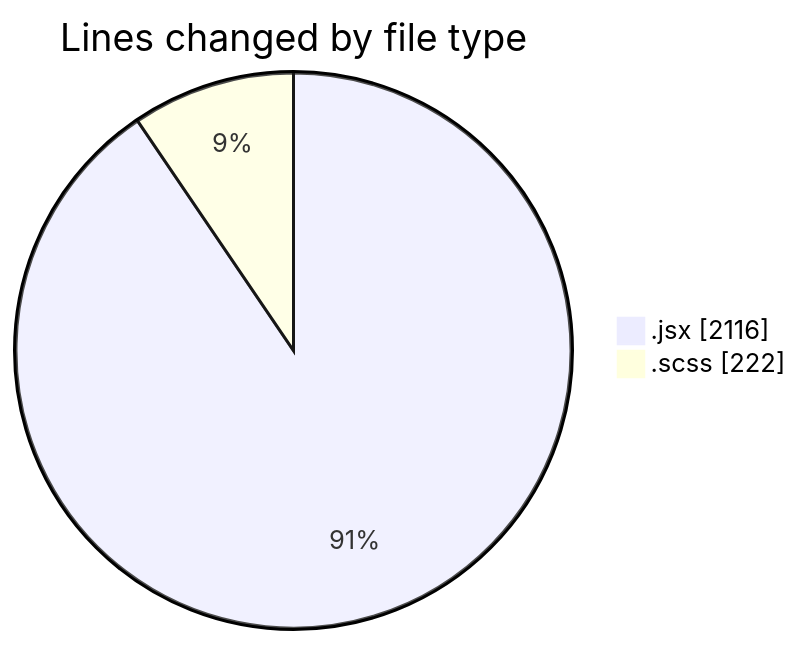
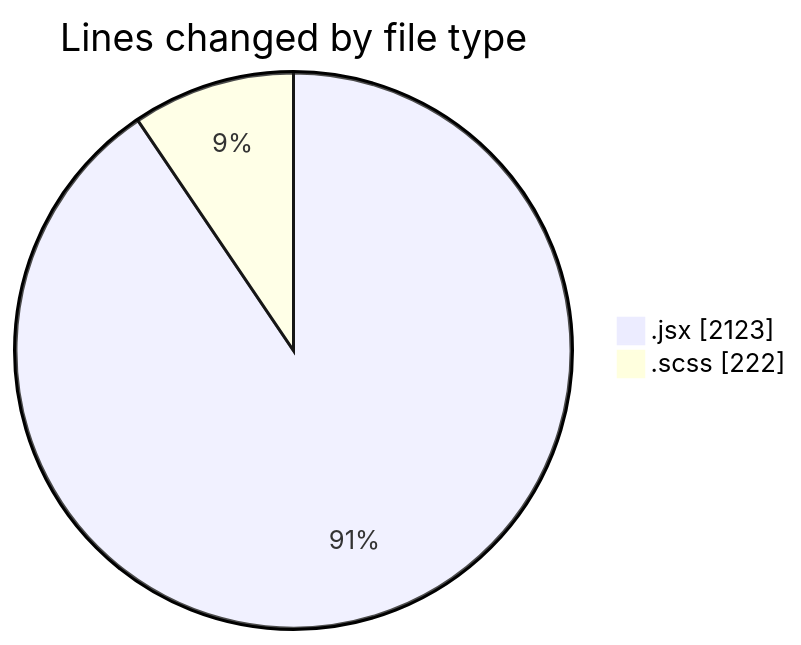
One commit to momahboobian/code-tracking changed the first of 2 diagrams in 2026-09-02/cda/README.md. Above: the diagram before and after it, drawn with Mermaid. The commit also changed other lines of this file and 1 other file, not shown here.

````diff
--- a/2026-09-02/cda/README.md
+++ b/2026-09-02/cda/README.md
@@ -27,6 +27,6 @@
 ```mermaid
 pie showData
 title Lines changed by file type
-".jsx" : 2116
+".jsx" : 2123
 ".scss" : 222
 ```
````
